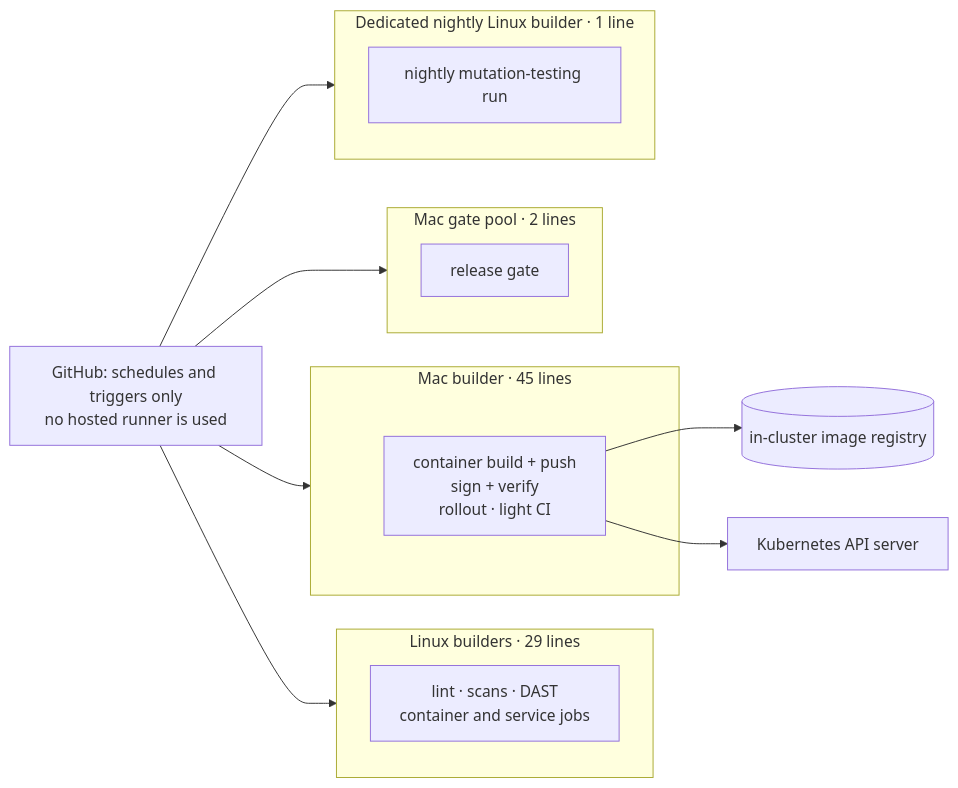
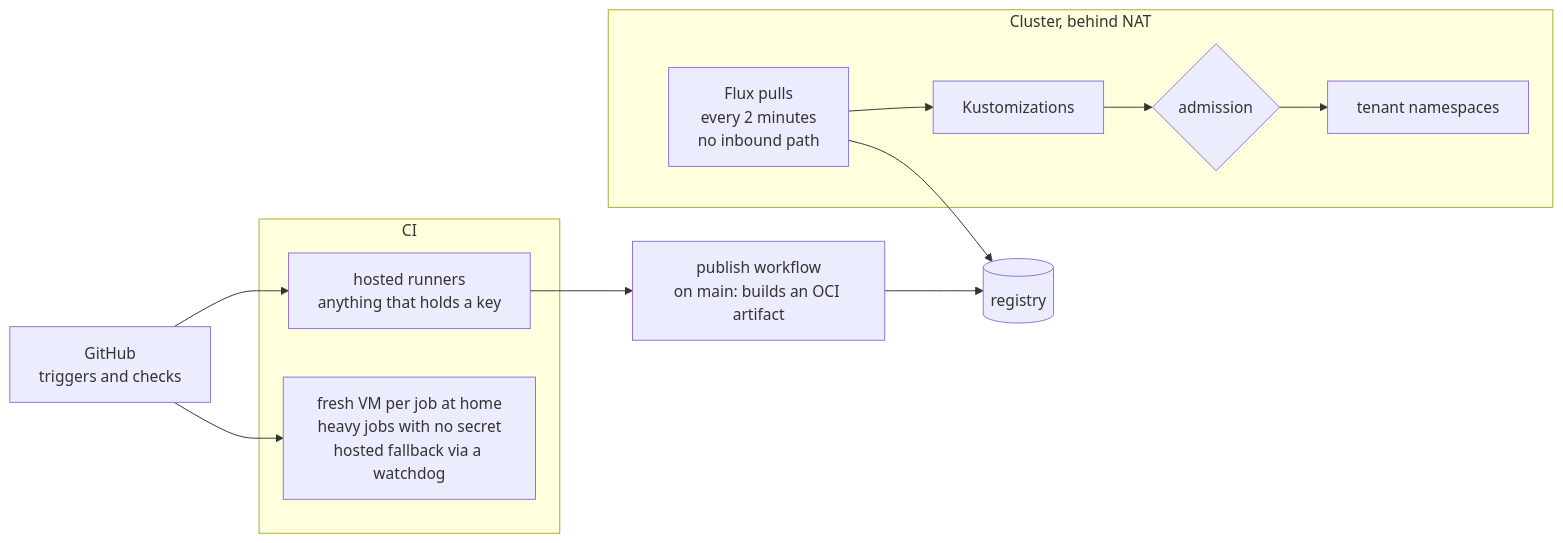
Before and after one commit to schultzzznet/schultzzznet: the first of 3 diagrams in docs/platform.md, drawn with Mermaid. The commit also changed other lines of this file and 30 other files, not shown here.

````diff
--- a/docs/platform.md
+++ b/docs/platform.md
@@ -49,22 +48,24 @@
 ```mermaid
 flowchart LR
-  GH["GitHub: schedules and triggers only<br/>no hosted runner is used"]
-  subgraph LIN["Linux builders · 29 lines"]
-    A["lint · scans · DAST<br/>container and service jobs"]
+  GH["GitHub<br/>triggers and checks"]
+  subgraph CI["CI"]
+    H["hosted runners<br/>anything that holds a key"]
+    V["fresh VM per job at home<br/>heavy jobs with no secret<br/>hosted fallback via a watchdog"]
   end
-  subgraph MAC["Mac builder · 45 lines"]
-    B["container build + push<br/>sign + verify<br/>rollout · light CI"]
+  PUB["publish workflow<br/>on main: builds an OCI artifact"]
+  REG[("registry")]
+  subgraph CL["Cluster, behind NAT"]
+    F["Flux pulls<br/>every 2 minutes<br/>no inbound path"]
+    K["Kustomizations"]
+    T["tenant namespaces"]
+    A{"admission"}
   end
-  subgraph GATE["Mac gate pool · 2 lines"]
-    G["release gate"]
-  end
-  subgraph NIGHT["Dedicated nightly Linux builder · 1 line"]
-    W["nightly mutation-testing run"]
-  end
-  GH --> LIN
-  GH --> MAC
-  GH --> GATE
-  GH --> NIGHT
-  B --> REG[("in-cluster image registry")]
-  B --> API["Kubernetes API server"]
+  GH --> H
+  GH --> V
+  H --> PUB
+  PUB --> REG
+  F --> REG
+  F --> K
+  K --> A
+  A --> T
 ```
````
